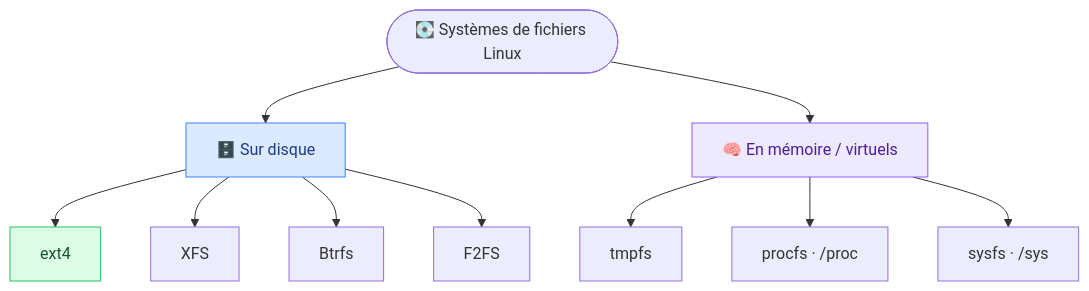
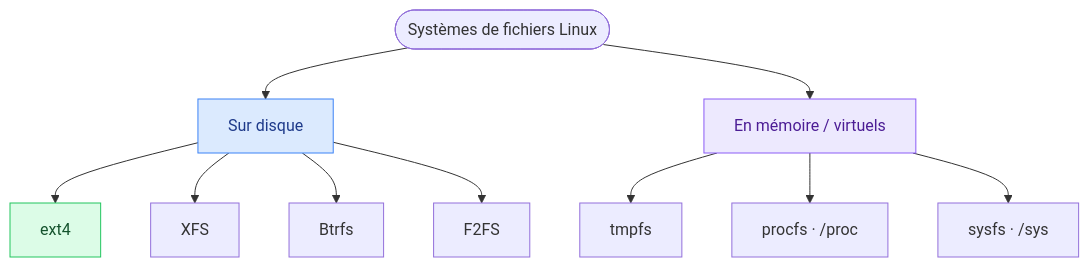
Before and after one commit to GoobyWoobies/HEIA-IT: the first of 3 diagrams in methodologie-securite-it/linux/08-systemes-de-fichiers.md, drawn with Mermaid. The commit also changed other lines of this file and 24 other files, not shown here.

````diff
--- a/methodologie-securite-it/linux/08-systemes-de-fichiers.md
+++ b/methodologie-securite-it/linux/08-systemes-de-fichiers.md
@@ -38,17 +38,17 @@
 ```mermaid
 flowchart TB
-    FS(["💽 Systèmes de fichiers Linux"])
-    FS --> DISK["🗄️ Sur disque"]
-    FS --> MEM["🧠 En mémoire / virtuels"]
+    FS(["Systèmes de fichiers Linux"])
+    FS --> DISK["Sur disque"]
+    FS --> MEM["En mémoire / virtuels"]
     DISK --> E["ext4"]
     DISK --> X["XFS"]
     DISK --> B["Btrfs"]
     DISK --> F["F2FS"]
     MEM --> T["tmpfs"]
     MEM --> P["procfs · /proc"]
     MEM --> S["sysfs · /sys"]
 
     style DISK fill:#dbeafe,stroke:#3b82f6,color:#1e3a8a
     style MEM fill:#ede9fe,stroke:#8b5cf6,color:#4c1d95
     style E fill:#dcfce7,stroke:#22c55e,color:#14532d
 ```
````
